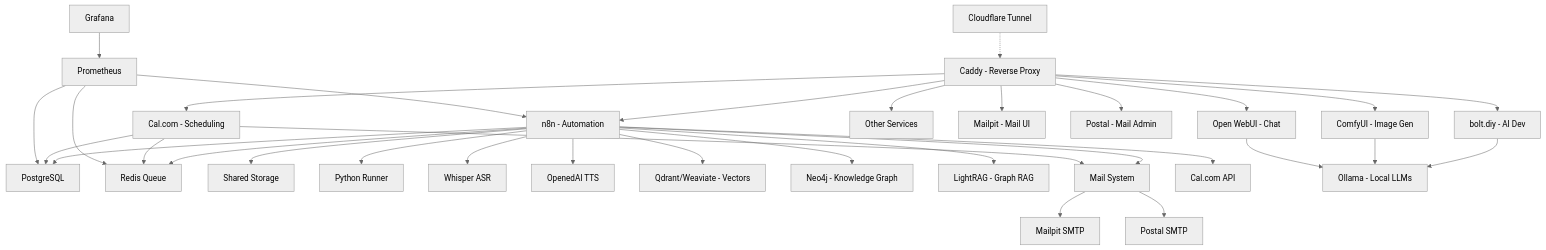
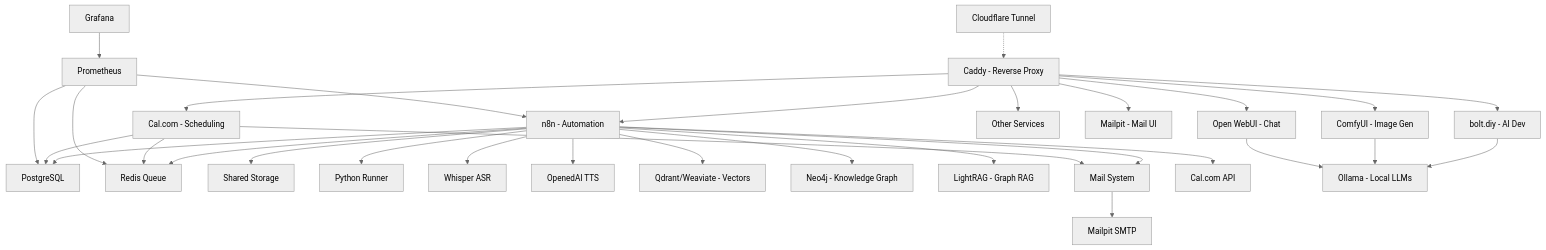
The diagram in README.md (tjcork/ai-launchkit), drawn with Mermaid (neutral theme) before and after one commit. The commit also changed other lines of this file and 6 other files, not shown here.

First line of the commit message:
fix: Remove broken Postal mail server implementation

````diff
--- a/README.md
+++ b/README.md
@@ -2813,41 +2682,39 @@
 ```mermaid
 graph TD
     A[Caddy - Reverse Proxy] --> B[n8n - Automation]
     A --> C[bolt.diy - AI Dev]
     A --> D[ComfyUI - Image Gen]
     A --> E[Open WebUI - Chat]
     A --> F[Other Services]
     A --> MP[Mailpit - Mail UI]
-    A --> PO[Postal - Mail Admin]
     A --> CAL[Cal.com - Scheduling]
     
     CF[Cloudflare Tunnel] -.-> A
     
     B --> G[PostgreSQL]
     B --> H[Redis Queue]
     B --> I[Shared Storage]
     B --> PR[Python Runner]
     B --> M[Whisper ASR]
     B --> N[OpenedAI TTS]
     B --> O[Qdrant/Weaviate - Vectors]
     B --> P[Neo4j - Knowledge Graph]
     B --> LR[LightRAG - Graph RAG]
     B --> SMTP[Mail System]
     B --> CAL2[Cal.com API]
     
     CAL --> G
     CAL --> H
     CAL --> SMTP
     
     SMTP --> MP2[Mailpit SMTP]
-    SMTP --> PO2[Postal SMTP]
     
     C --> J[Ollama - Local LLMs]
     D --> J
     E --> J
     
     K[Grafana] --> L[Prometheus]
     L --> B
     L --> G
     L --> H
 ```
````
